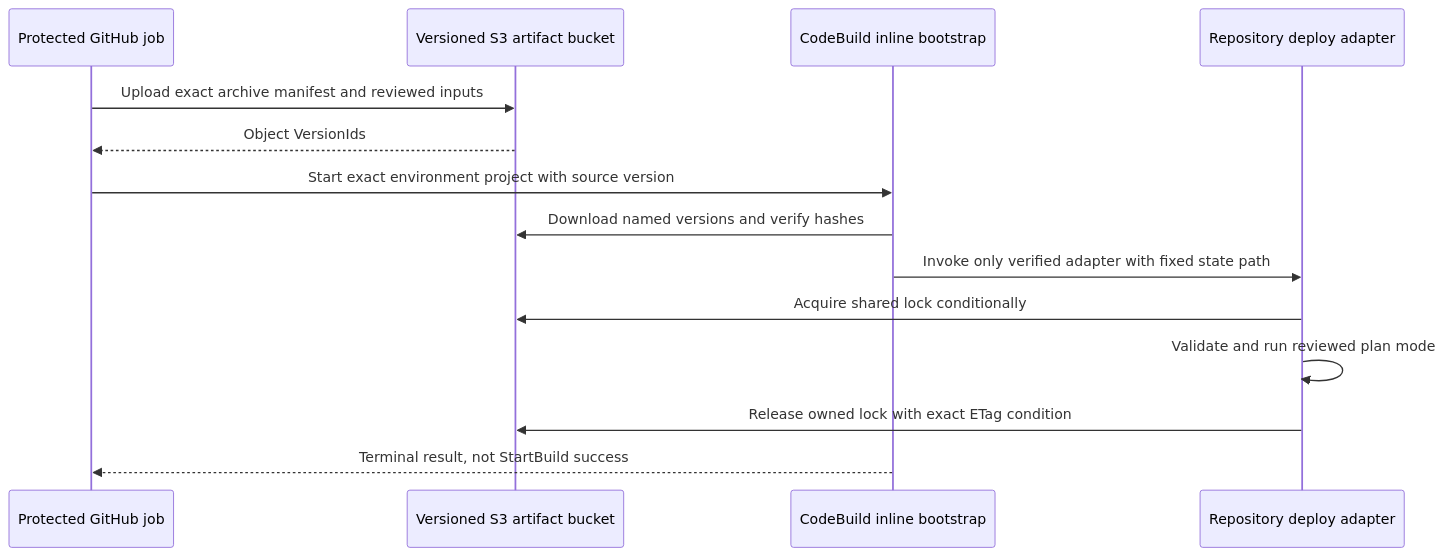
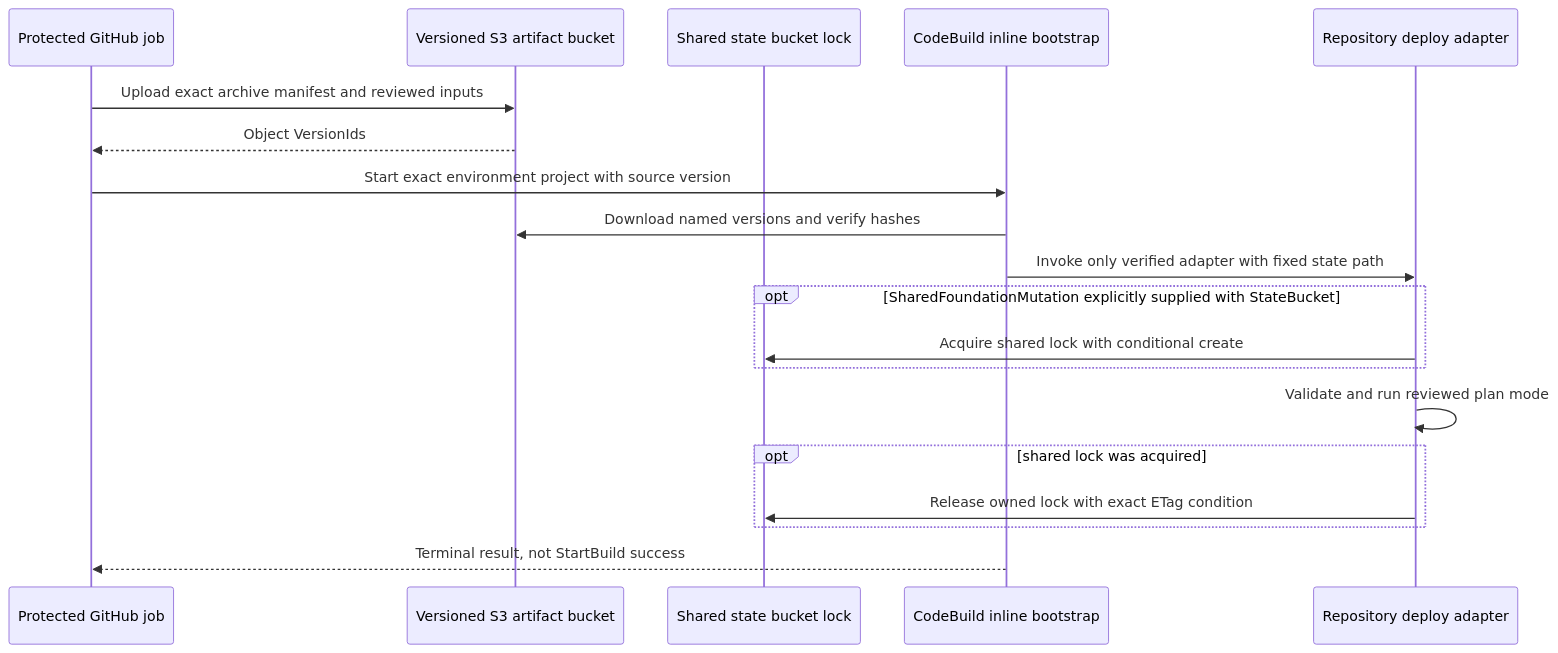
The second of 2 diagrams in docs/architecture.md (rafaelxvr/Tech-challenge-15SOAT-k8s-infra), drawn with Mermaid before and after one commit. The commit also changed other lines of this file and 1 other file, not shown here.

Commit message:
docs: disclose conditional shared-lock wiring boundary

````diff
--- a/docs/architecture.md
+++ b/docs/architecture.md
@@ -18,16 +18,21 @@
 ```mermaid
 sequenceDiagram
   participant G as Protected GitHub job
   participant S as Versioned S3 artifact bucket
+  participant L as Shared state bucket lock
   participant C as CodeBuild inline bootstrap
   participant T as Repository deploy adapter
   G->>S: Upload exact archive manifest and reviewed inputs
   S-->>G: Object VersionIds
   G->>C: Start exact environment project with source version
   C->>S: Download named versions and verify hashes
   C->>T: Invoke only verified adapter with fixed state path
-  T->>S: Acquire shared lock conditionally
+  opt SharedFoundationMutation explicitly supplied with StateBucket
+    T->>L: Acquire shared lock with conditional create
+  end
   T->>T: Validate and run reviewed plan mode
-  T->>S: Release owned lock with exact ETag condition
+  opt shared lock was acquired
+    T->>L: Release owned lock with exact ETag condition
+  end
   C-->>G: Terminal result, not StartBuild success
 ```
````
